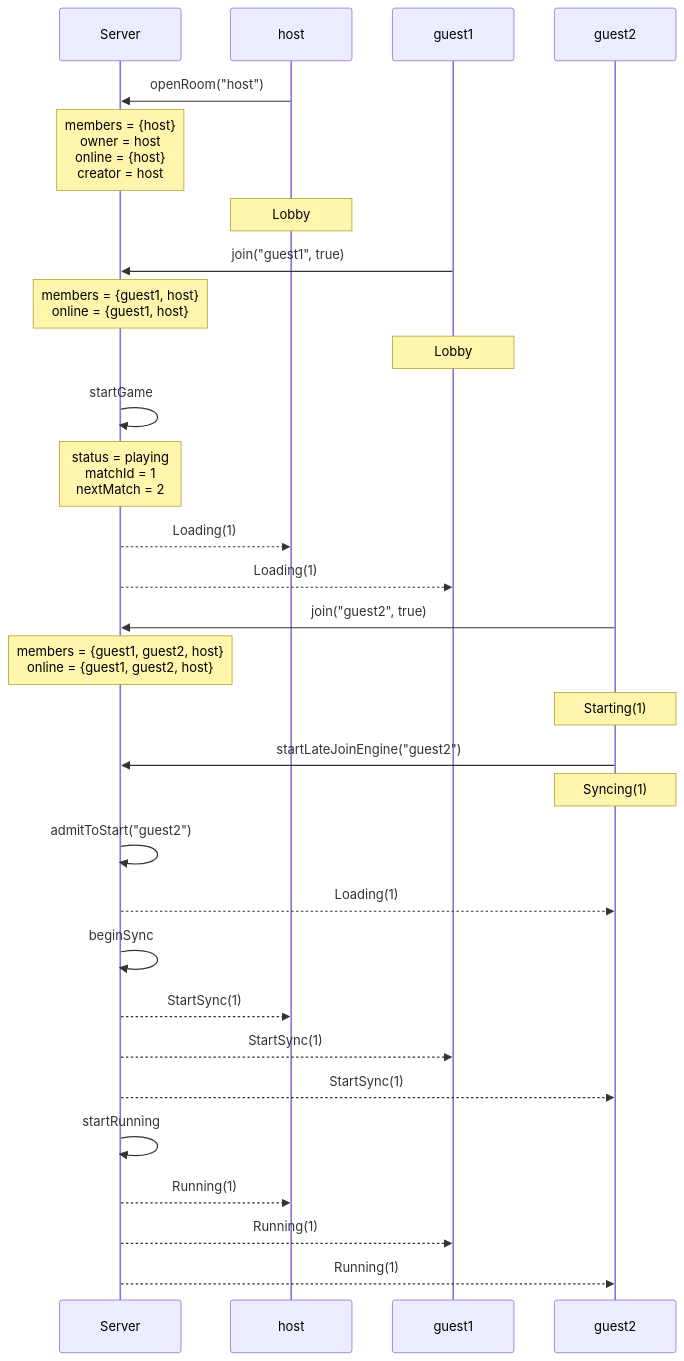
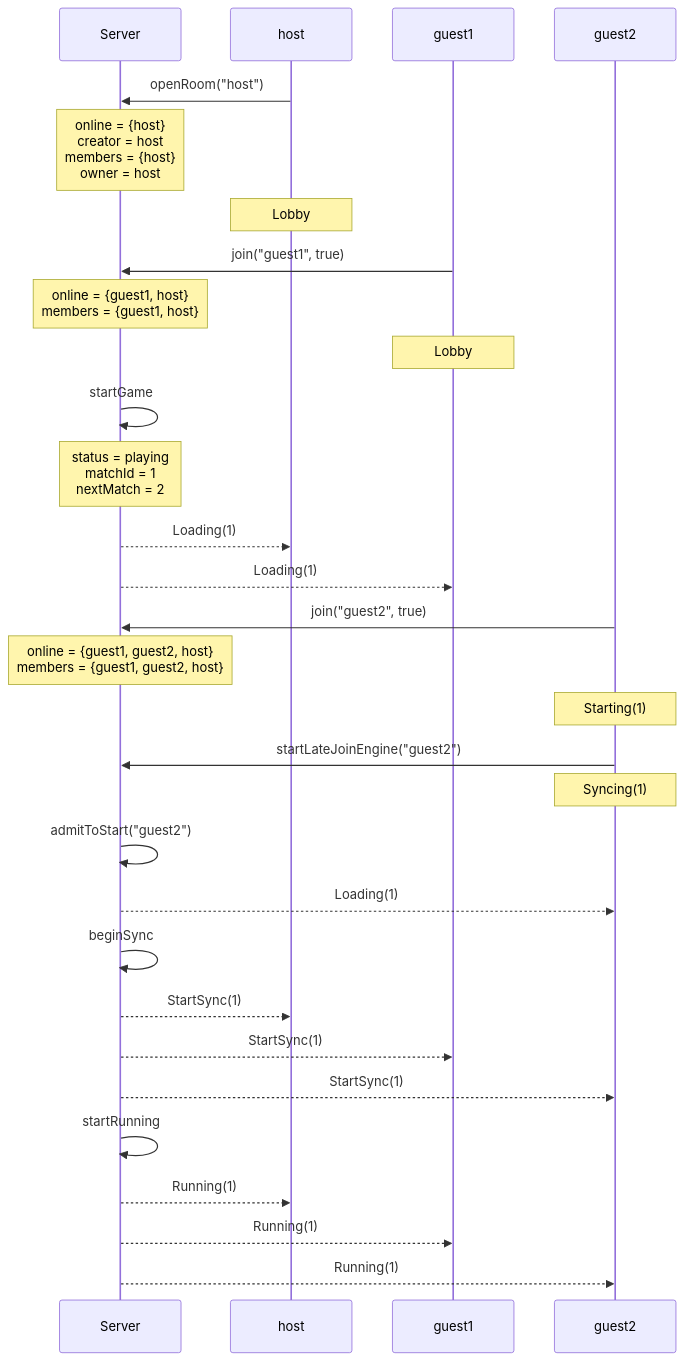
Diagram 15 of 29 in docs/spec-traces.md (kwilson21/kaillera-next), drawn with Mermaid before and after one commit. The commit also changed other lines of this file and 15 other files, not shown here.

````diff
--- a/docs/spec-traces.md
+++ b/docs/spec-traces.md
@@ -320,32 +392,32 @@
 ```mermaid
 sequenceDiagram
   participant Server
   participant host
   participant guest1
   participant guest2
   host->>Server: openRoom("host")
-  Note over Server: members = {host}<br/>owner = host<br/>online = {host}<br/>creator = host
+  Note over Server: online = {host}<br/>creator = host<br/>members = {host}<br/>owner = host
   Note over host: Lobby
   guest1->>Server: join("guest1", true)
-  Note over Server: members = {guest1, host}<br/>online = {guest1, host}
+  Note over Server: online = {guest1, host}<br/>members = {guest1, host}
   Note over guest1: Lobby
   Server->>Server: startGame
   Note over Server: status = playing<br/>matchId = 1<br/>nextMatch = 2
   Server-->>host: Loading(1)
   Server-->>guest1: Loading(1)
   guest2->>Server: join("guest2", true)
-  Note over Server: members = {guest1, guest2, host}<br/>online = {guest1, guest2, host}
+  Note over Server: online = {guest1, guest2, host}<br/>members = {guest1, guest2, host}
   Note over guest2: Starting(1)
   guest2->>Server: startLateJoinEngine("guest2")
   Note over guest2: Syncing(1)
   Server->>Server: admitToStart("guest2")
   Server-->>guest2: Loading(1)
   Server->>Server: beginSync
   Server-->>host: StartSync(1)
   Server-->>guest1: StartSync(1)
   Server-->>guest2: StartSync(1)
   Server->>Server: startRunning
   Server-->>host: Running(1)
   Server-->>guest1: Running(1)
   Server-->>guest2: Running(1)
 ```
````
